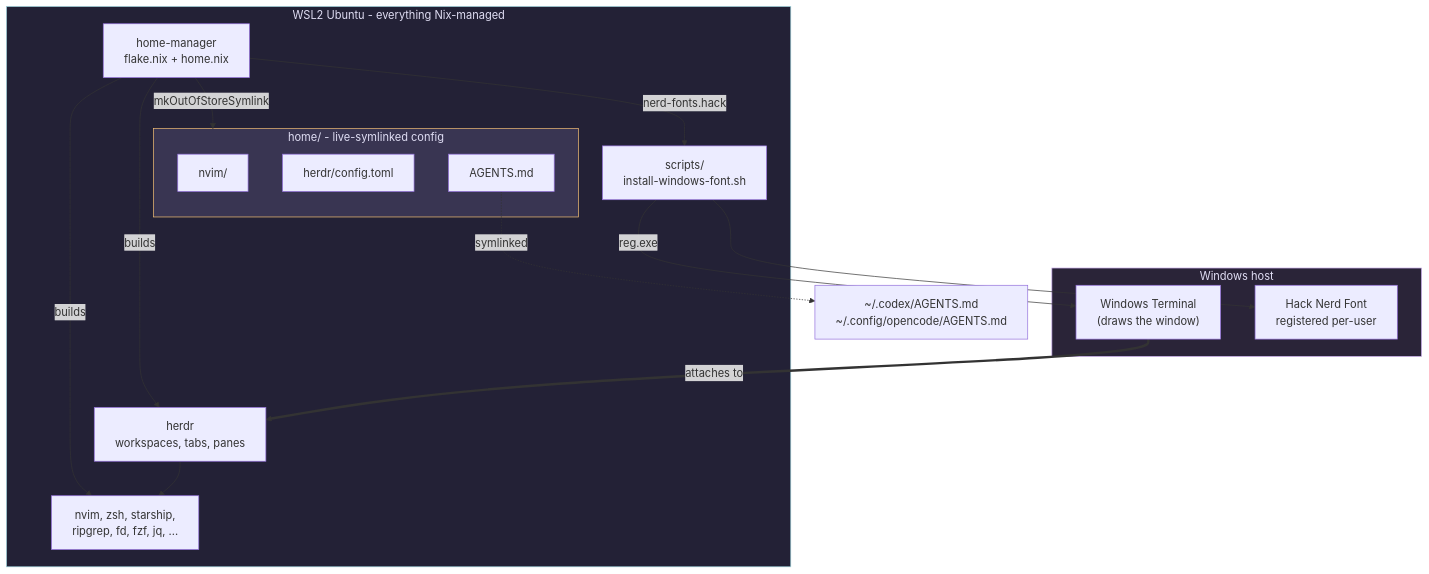
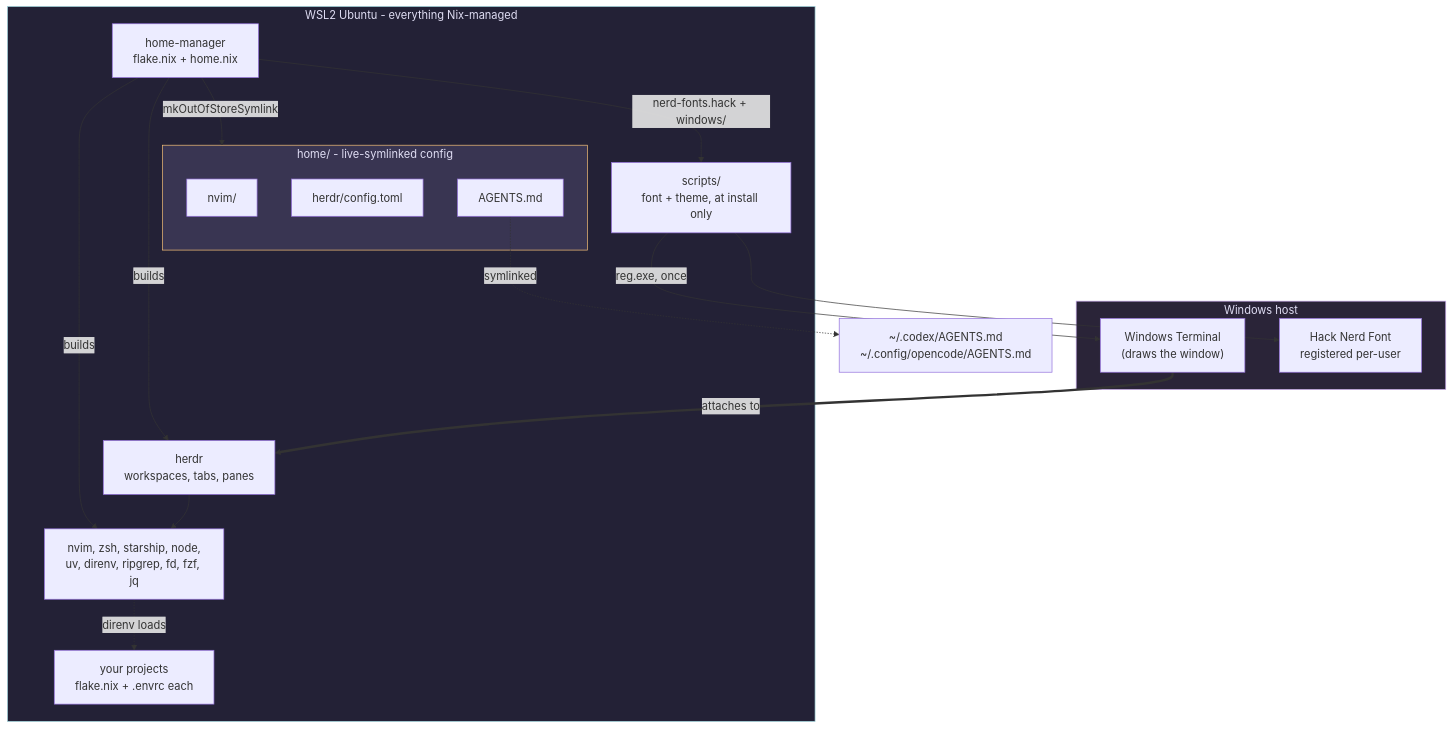
One commit to haotieu2001/dotfiles-wsl changed the diagram in README.md. Above: the diagram before and after it, drawn with Mermaid. The commit also changed other lines of this file and 26 other files, not shown here.

````diff
--- a/README.md
+++ b/README.md
@@ -47,33 +56,35 @@
 ```mermaid
 flowchart TB
     subgraph WIN["Windows host"]
         WT["Windows Terminal<br/>(draws the window)"]
         FONT["Hack Nerd Font<br/>registered per-user"]
     end
 
     subgraph WSL["WSL2 Ubuntu - everything Nix-managed"]
         HM["home-manager<br/>flake.nix + home.nix"]
         HERDR["herdr<br/>workspaces, tabs, panes"]
-        BIN["nvim, zsh, starship,<br/>ripgrep, fd, fzf, jq, ..."]
+        BIN["nvim, zsh, starship, node,<br/>uv, direnv, ripgrep, fd, fzf, jq"]
         subgraph CFG["home/ - live-symlinked config"]
             NVIM["nvim/"]
             HCFG["herdr/config.toml"]
             AG["AGENTS.md"]
         end
-        SYNC["scripts/<br/>install-windows-font.sh"]
+        SEED["scripts/<br/>font + theme, at install only"]
+        PROJ["your projects<br/>flake.nix + .envrc each"]
     end
 
     HM -->|builds| BIN
     HM -->|builds| HERDR
     HM -->|mkOutOfStoreSymlink| CFG
-    HM -->|"nerd-fonts.hack"| SYNC
-    SYNC -->|"reg.exe"| WT
-    SYNC --> FONT
+    HM -->|"nerd-fonts.hack + windows/"| SEED
+    SEED -->|"reg.exe, once"| WT
+    SEED --> FONT
     WT ==>|attaches to| HERDR
     HERDR --> BIN
+    BIN -.->|direnv loads| PROJ
     AG -.->|symlinked| AGENTS["~/.codex/AGENTS.md<br/>~/.config/opencode/AGENTS.md"]
 
     style WIN fill:#2a2438,stroke:#c4a7e7,color:#e0def4
     style WSL fill:#232136,stroke:#9ccfd8,color:#e0def4
     style CFG fill:#393552,stroke:#f6c177,color:#e0def4
 ```
````
